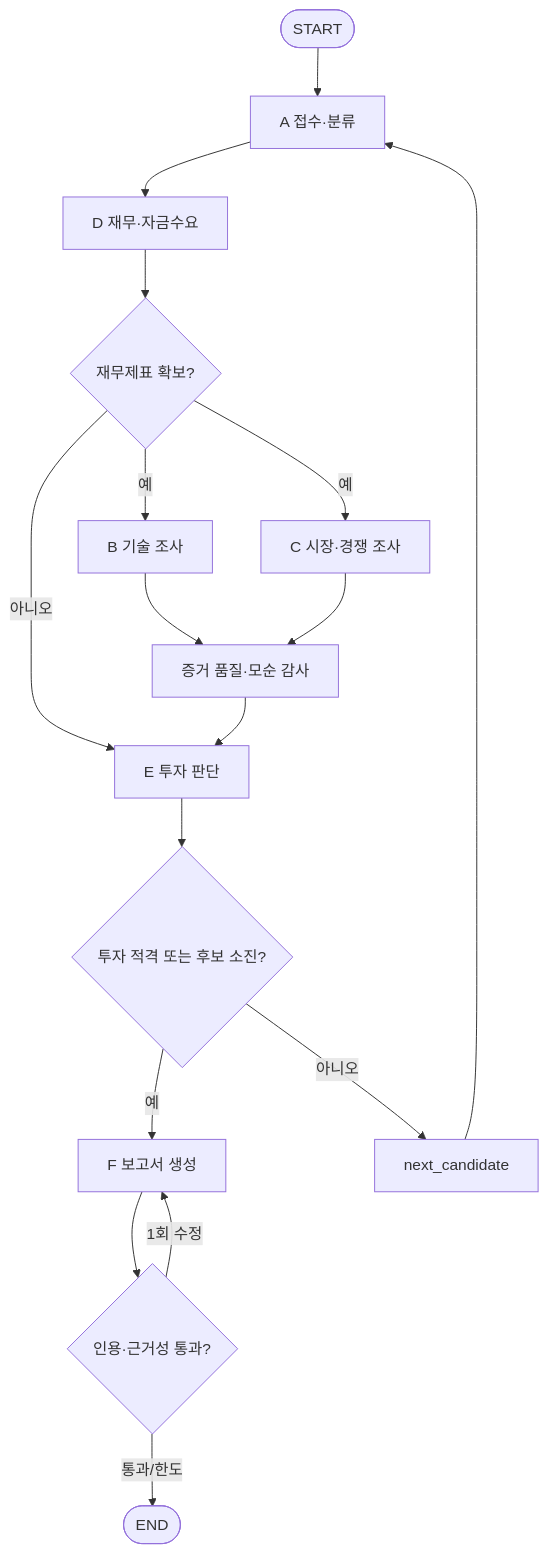
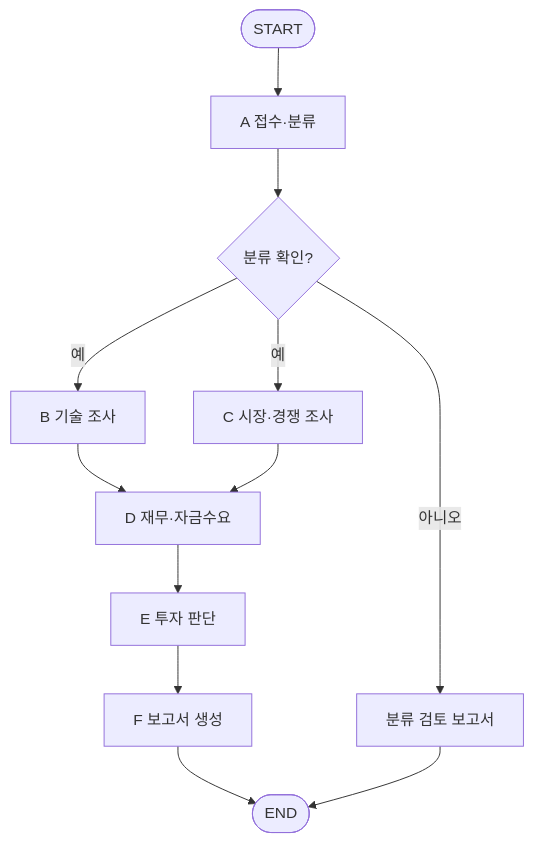
One commit to jihun-24k/skala-rag-pipeline changed the third of 3 diagrams in docs/implementation-design.md. Above: the diagram before and after it, drawn with Mermaid. The commit also changed other lines of this file and 22 other files, not shown here.

````diff
--- a/docs/implementation-design.md
+++ b/docs/implementation-design.md
@@ -312,19 +312,14 @@
 ```mermaid
 flowchart TD
     S([START]) --> A[A 접수·분류]
-    A --> D[D 재무·자금수요]
-    D --> FG{재무제표 확보?}
-    FG -- 예 --> B[B 기술 조사]
-    FG -- 예 --> C[C 시장·경쟁 조사]
-    FG -- 아니오 --> E[E 투자 판단]
-    B --> Q[증거 품질·모순 감사]
-    C --> Q
-    Q --> E
-    E --> R{투자 적격 또는 후보 소진?}
-    R -- 예 --> F[F 보고서 생성]
-    R -- 아니오 --> N[next_candidate]
-    N --> A
-    F --> H{인용·근거성 통과?}
-    H -- 1회 수정 --> F
-    H -- 통과/한도 --> X([END])
+    A --> V{분류 확인?}
+    V -- 예 --> B[B 기술 조사]
+    V -- 예 --> C[C 시장·경쟁 조사]
+    V -- 아니오 --> R[분류 검토 보고서]
+    B --> D[D 재무·자금수요]
+    C --> D
+    D --> E[E 투자 판단]
+    E --> F[F 보고서 생성]
+    F --> X([END])
+    R --> X
 ```
````
